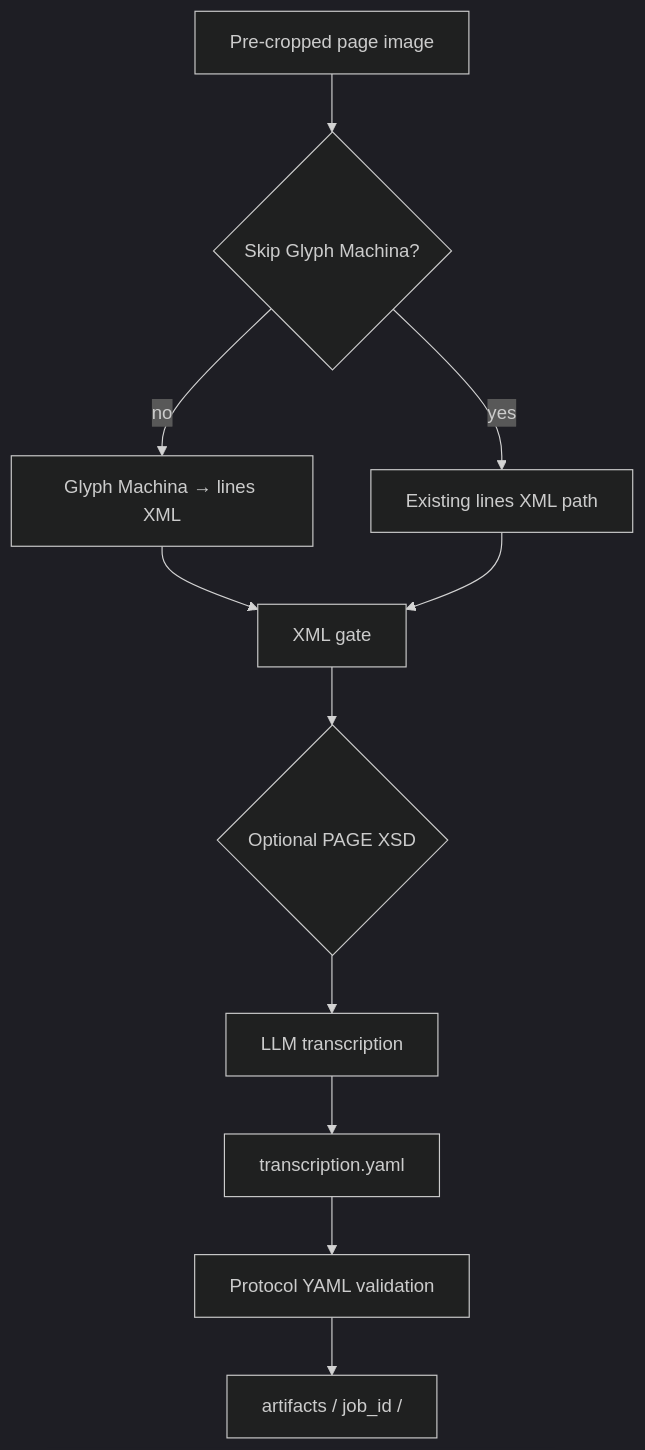
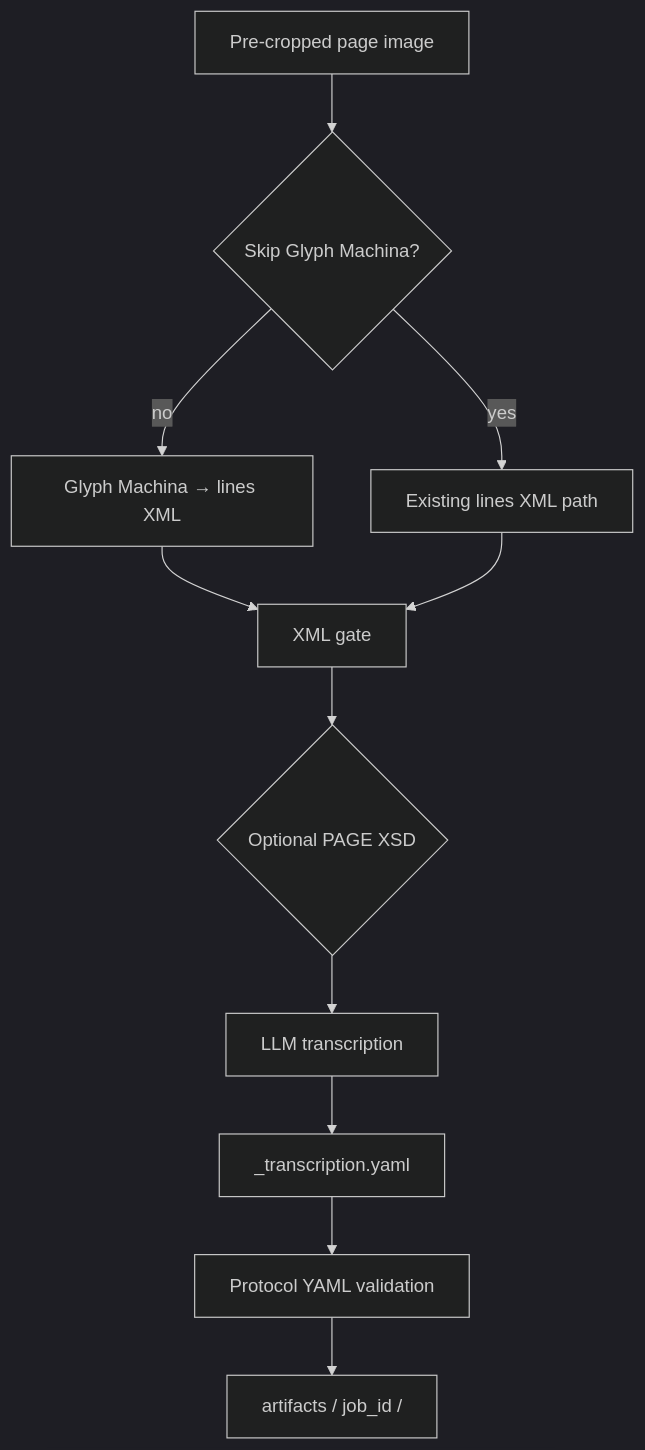
One commit to buzzcauldron/transcription-shell changed the diagram in docs/architecture.md. Above: the diagram before and after it, drawn with Mermaid (dark theme). The commit also changed 46 other files, not shown here.

````diff
--- a/docs/architecture.md
+++ b/docs/architecture.md
@@ -5,13 +5,13 @@
 ```mermaid
 flowchart TD
   A[Pre-cropped page image] --> B{Skip Glyph Machina?}
   B -->|no| C[Glyph Machina → lines XML]
   B -->|yes| D[Existing lines XML path]
   C --> E[XML gate]
   D --> E
   E --> F{Optional PAGE XSD}
   F --> G[LLM transcription]
-  G --> H[transcription.yaml]
+  G --> H[<image_stem>_transcription.yaml]
   H --> I[Protocol YAML validation]
   I --> J[artifacts / job_id /]
 ```
````
